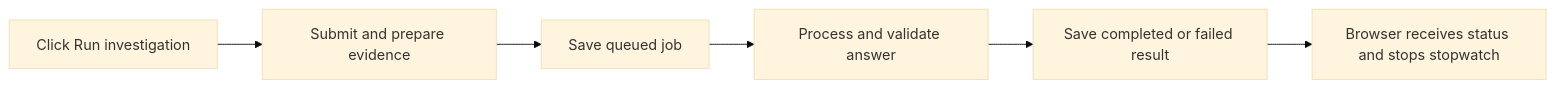
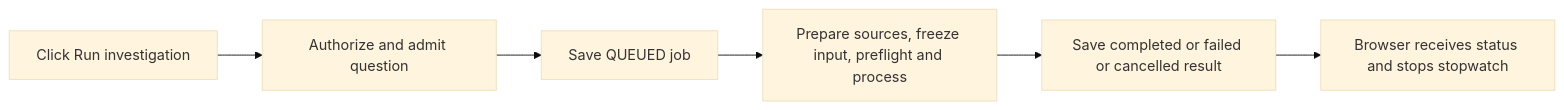
Before and after one commit to pratikmraut/payment-operations-investigator: the diagram in docs/INVESTIGATION_TIMING.md, drawn with Mermaid (base theme). The commit also changed other lines of this file and 145 other files, not shown here.

````diff
--- a/docs/INVESTIGATION_TIMING.md
+++ b/docs/INVESTIGATION_TIMING.md
@@ -27,8 +37,8 @@
 ```mermaid
 flowchart LR
-  A[Click Run investigation] --> B[Submit and prepare evidence]
-  B --> C[Save queued job]
-  C --> D[Process and validate answer]
-  D --> E[Save completed or failed result]
+  A[Click Run investigation] --> B[Authorize and admit question]
+  B --> C[Save QUEUED job]
+  C --> D[Prepare sources, freeze input, preflight and process]
+  D --> E[Save completed or failed or cancelled result]
   E --> F[Browser receives status and stops stopwatch]
 ```
````
